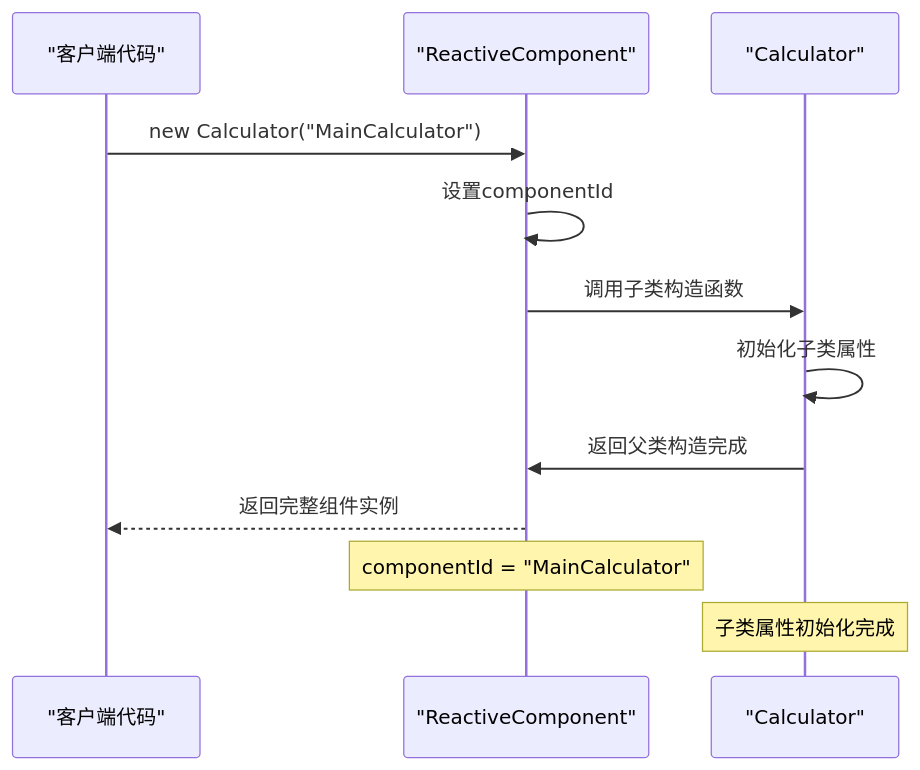
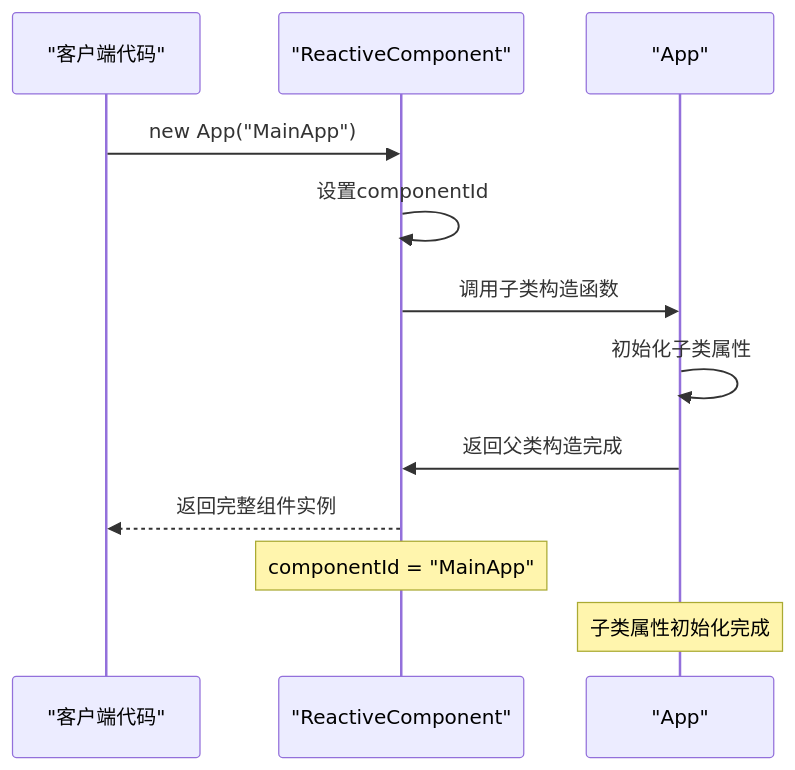
The fourth of 8 diagrams in .qoder/repowiki/zh/content/架构设计/响应式系统架构/ReactiveComponent基类设计.md (xingye00186/PHP-Data-UI-Framework-powered-by-swooleAOT), drawn with Mermaid before and after one commit. The commit also changed other lines of this file and 37 other files, not shown here.

````diff
--- a/.qoder/repowiki/zh/content/架构设计/响应式系统架构/ReactiveComponent基类设计.md
+++ b/.qoder/repowiki/zh/content/架构设计/响应式系统架构/ReactiveComponent基类设计.md
@@ -198,14 +224,14 @@
 ```mermaid
 sequenceDiagram
 participant Client as "客户端代码"
 participant Base as "ReactiveComponent"
-participant Child as "Calculator"
-Client->>Base : new Calculator("MainCalculator")
+participant Child as "App"
+Client->>Base : new App("MainApp")
 Base->>Base : 设置componentId
 Base->>Child : 调用子类构造函数
 Child->>Child : 初始化子类属性
 Child->>Base : 返回父类构造完成
 Base-->>Client : 返回完整组件实例
-Note over Base : componentId = "MainCalculator"
+Note over Base : componentId = "MainApp"
 Note over Child : 子类属性初始化完成
 ```
````
